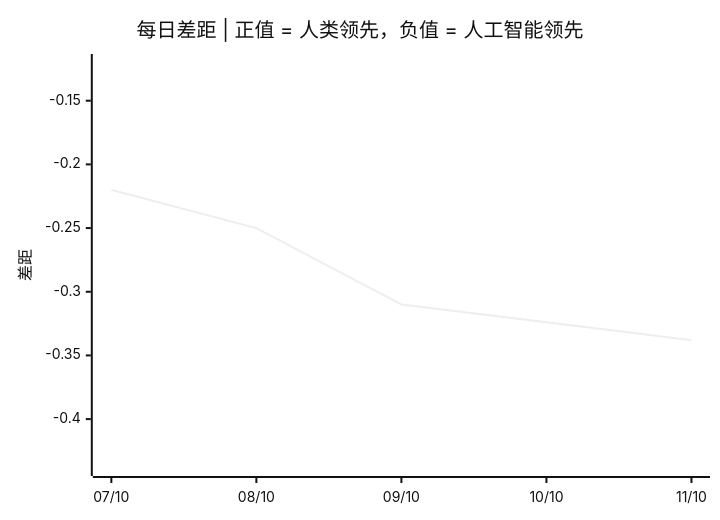
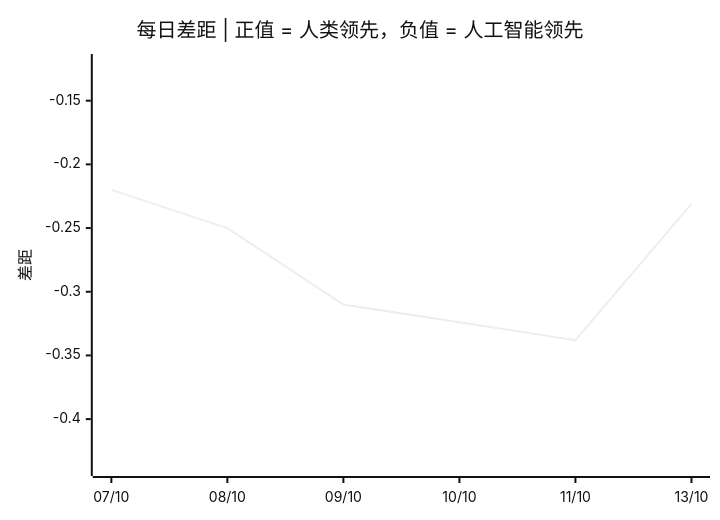
The third of 3 diagrams in README.zh.md (VQQLK/Human-AI-Monitor), drawn with Mermaid (neutral theme) before and after one commit. The commit also changed other lines of this file and 3 other files, not shown here.

````diff
--- a/README.zh.md
+++ b/README.zh.md
@@ -56,7 +56,7 @@
 ```mermaid
 xychart-beta
     title "每日差距 | 正值 = 人类领先，负值 = 人工智能领先"
-    x-axis ["07/10", "08/10", "09/10", "10/10", "11/10"]
+    x-axis ["07/10", "08/10", "09/10", "10/10", "11/10", "13/10"]
     y-axis "差距" -0.438 --> -0.120
-    line [-0.220, -0.250, -0.310, -0.324, -0.338]
+    line [-0.220, -0.250, -0.310, -0.324, -0.338, -0.231]
 ```
````
